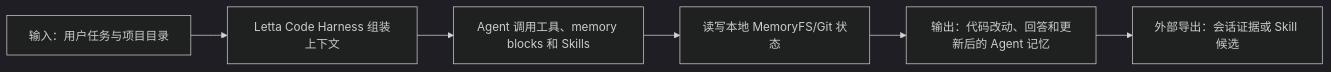
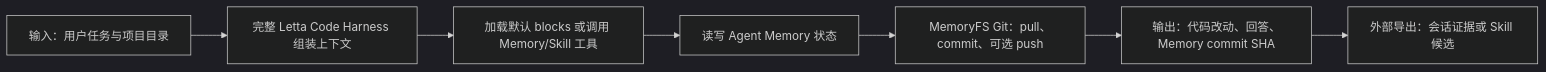
The diagram in content/AI/开发会话与Memory/Memory/Letta Code：带持续学习记忆的开发 Agent Harness.md (Fotally/fotally.github.io), drawn with Mermaid (dark theme) before and after one commit. The commit also changed other lines of this file and 16 other files, not shown here.

````diff
--- a/content/AI/开发会话与Memory/Memory/Letta Code：带持续学习记忆的开发 Agent Harness.md
+++ b/content/AI/开发会话与Memory/Memory/Letta Code：带持续学习记忆的开发 Agent Harness.md
@@ -66,8 +68,9 @@
 ```mermaid
 flowchart LR
-  A[输入：用户任务与项目目录] --> B[Letta Code Harness 组装上下文]
-  B --> C[Agent 调用工具、memory blocks 和 Skills]
-  C --> D[读写本地 MemoryFS/Git 状态]
-  D --> E[输出：代码改动、回答和更新后的 Agent 记忆]
-  E --> F[外部导出：会话证据或 Skill 候选]
+  A[输入：用户任务与项目目录] --> B[完整 Letta Code Harness 组装上下文]
+  B --> C[加载默认 blocks 或调用 Memory/Skill 工具]
+  C --> D[读写 Agent Memory 状态]
+  D --> E[MemoryFS Git：pull、commit、可选 push]
+  E --> F[输出：代码改动、回答、Memory commit SHA]
+  F --> G[外部导出：会话证据或 Skill 候选]
 ```
````
